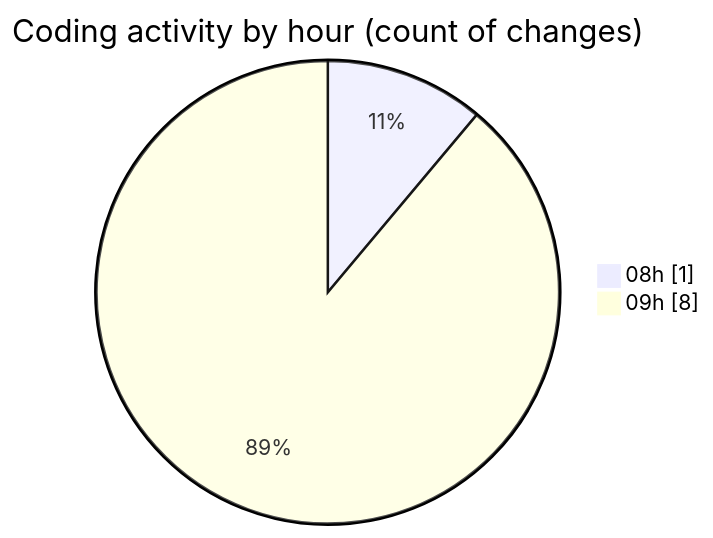
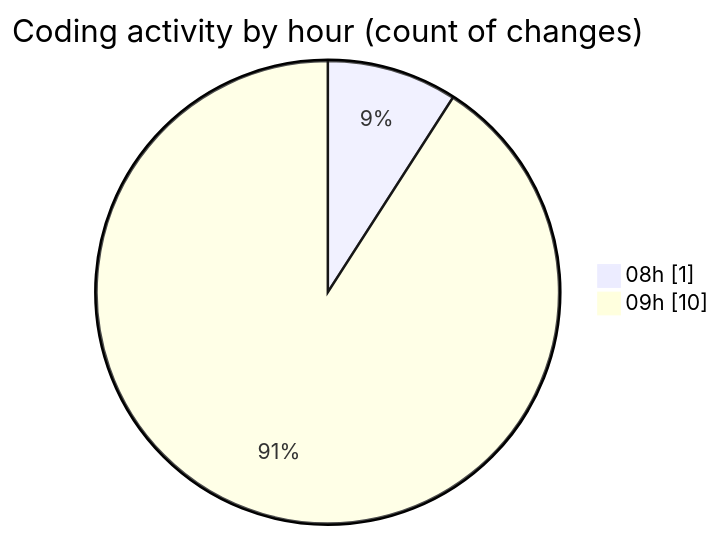
One commit to LanceThiago/code-tracking changed the second of 2 diagrams in 2026-09-15/web/README.md. Above: the diagram before and after it, drawn with Mermaid. The commit also changed other lines of this file and 1 other file, not shown here.

````diff
--- a/2026-09-15/web/README.md
+++ b/2026-09-15/web/README.md
@@ -30,6 +31,6 @@
 ```mermaid
 pie showData
 title Coding activity by hour (count of changes)
 "08h" : 1
-"09h" : 8
+"09h" : 10
 ```
````
